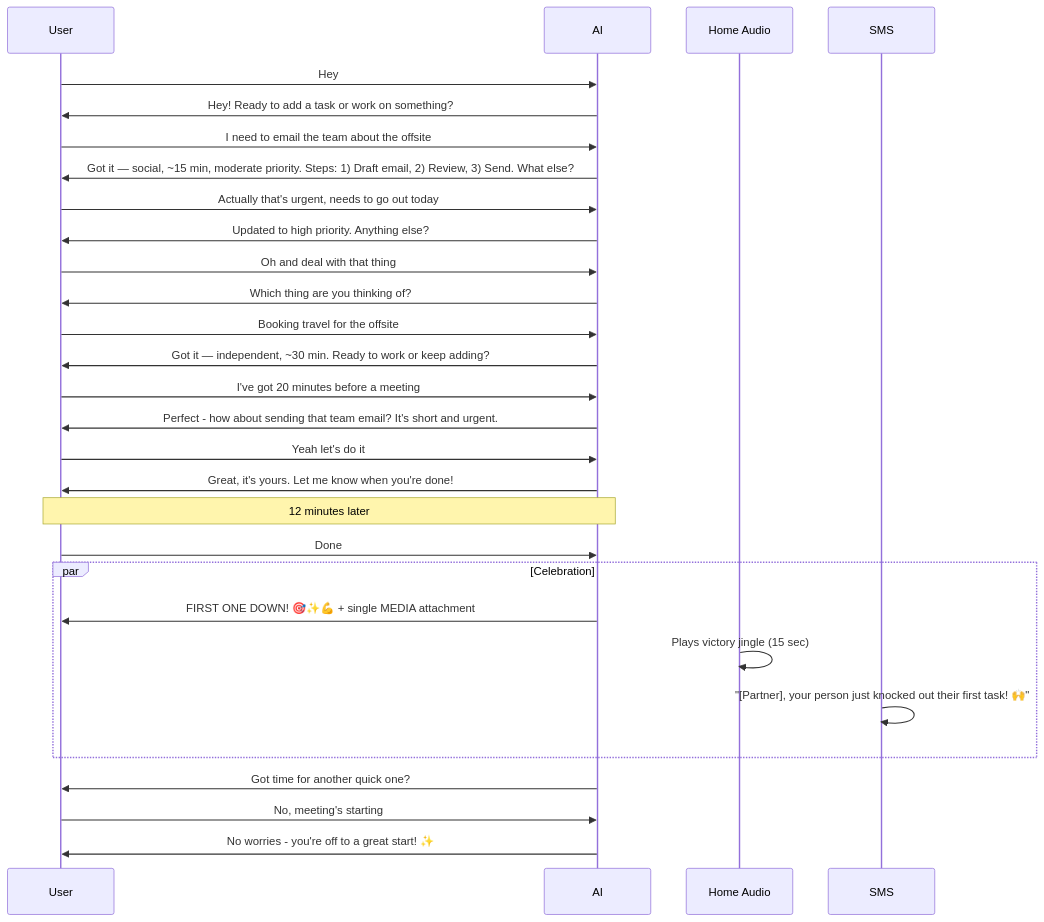
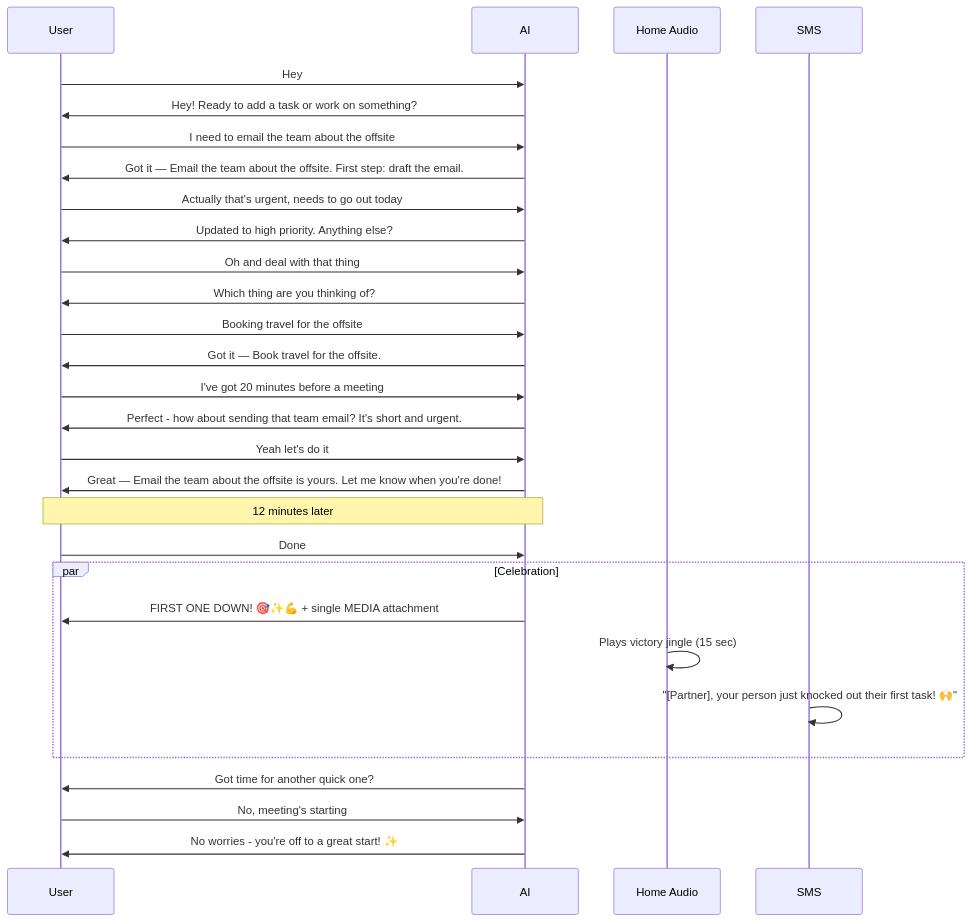
Before and after one commit to NickBorgersProbably/hide-my-list: diagram 27 of 28 in docs/user-interactions.md, drawn with Mermaid. The commit also changed other lines of this file and 11 other files, not shown here.

````diff
--- a/docs/user-interactions.md
+++ b/docs/user-interactions.md
@@ -1020,39 +1040,39 @@
 ```mermaid
 sequenceDiagram
     participant U as User
     participant AI as AI
     participant HA as Home Audio
     participant SMS as SMS
 
     U->>AI: Hey
     AI->>U: Hey! Ready to add a task or work on something?
 
     U->>AI: I need to email the team about the offsite
-    AI->>U: Got it — social, ~15 min, moderate priority. Steps: 1) Draft email, 2) Review, 3) Send. What else?
+    AI->>U: Got it — Email the team about the offsite. First step: draft the email.
     U->>AI: Actually that's urgent, needs to go out today
     AI->>U: Updated to high priority. Anything else?
 
     U->>AI: Oh and deal with that thing
     AI->>U: Which thing are you thinking of?
     U->>AI: Booking travel for the offsite
-    AI->>U: Got it — independent, ~30 min. Ready to work or keep adding?
+    AI->>U: Got it — Book travel for the offsite.
 
     U->>AI: I've got 20 minutes before a meeting
     AI->>U: Perfect - how about sending that team email? It's short and urgent.
     U->>AI: Yeah let's do it
-    AI->>U: Great, it's yours. Let me know when you're done!
+    AI->>U: Great — Email the team about the offsite is yours. Let me know when you're done!
 
     Note over U,AI: 12 minutes later
 
     U->>AI: Done
 
     par Celebration
         AI->>U: FIRST ONE DOWN! 🎯✨💪 + single MEDIA attachment
         HA->>HA: Plays victory jingle (15 sec)
         SMS->>SMS: "[Partner], your person just knocked out their first task! 🙌"
     end
 
     AI->>U: Got time for another quick one?
     U->>AI: No, meeting's starting
     AI->>U: No worries - you're off to a great start! ✨
 ```
````
